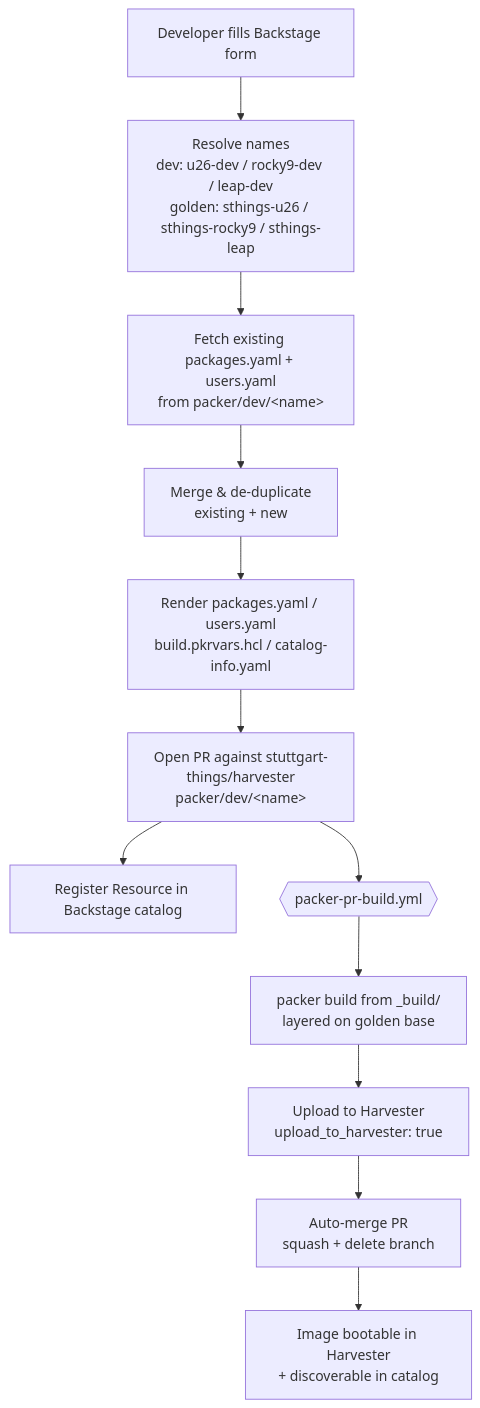
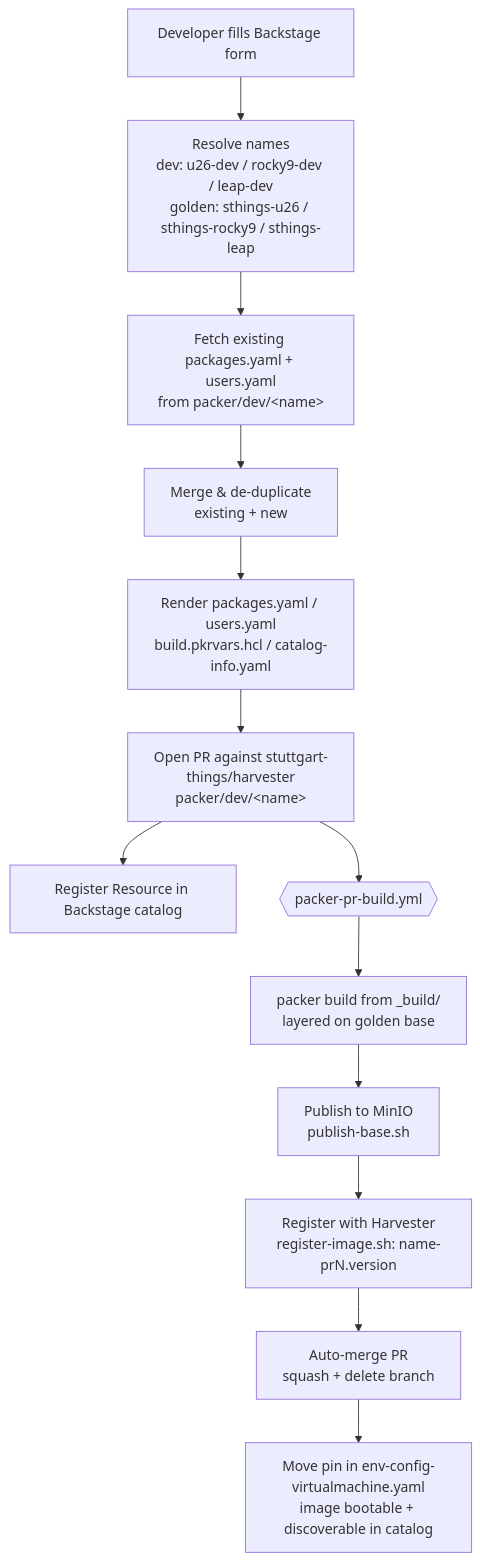
The diagram in templates/harvester-packer-devimage/README.md (stuttgart-things/backstage-resources), drawn with Mermaid before and after one commit. The commit also changed other lines of this file and 5 other files, not shown here.

First line of the commit message:
fix(harvester-packer): keep the golden checksum, stop leaking merge inputs, describe publish + register

````diff
--- a/templates/harvester-packer-devimage/README.md
+++ b/templates/harvester-packer-devimage/README.md
@@ -20,14 +28,15 @@
 ```mermaid
 flowchart TD
     A[Developer fills Backstage form] --> B[Resolve names<br/>dev: u26-dev / rocky9-dev / leap-dev<br/>golden: sthings-u26 / sthings-rocky9 / sthings-leap]
     B --> C[Fetch existing packages.yaml + users.yaml<br/>from packer/dev/&lt;name&gt;]
     C --> D[Merge & de-duplicate<br/>existing + new]
     D --> E[Render packages.yaml / users.yaml<br/>build.pkrvars.hcl / catalog-info.yaml]
     E --> F[Open PR against stuttgart-things/harvester<br/>packer/dev/&lt;name&gt;]
     F --> G[Register Resource in Backstage catalog]
     F --> H{{packer-pr-build.yml}}
     H --> I[packer build from _build/<br/>layered on golden base]
-    I --> J[Upload to Harvester<br/>upload_to_harvester: true]
-    J --> K[Auto-merge PR<br/>squash + delete branch]
-    K --> L[Image bootable in Harvester<br/>+ discoverable in catalog]
+    I --> J[Publish to MinIO<br/>publish-base.sh]
+    J --> J2[Register with Harvester<br/>register-image.sh: name-prN.version]
+    J2 --> K[Auto-merge PR<br/>squash + delete branch]
+    K --> L[Move pin in env-config-virtualmachine.yaml<br/>image bootable + discoverable in catalog]
 ```
````
